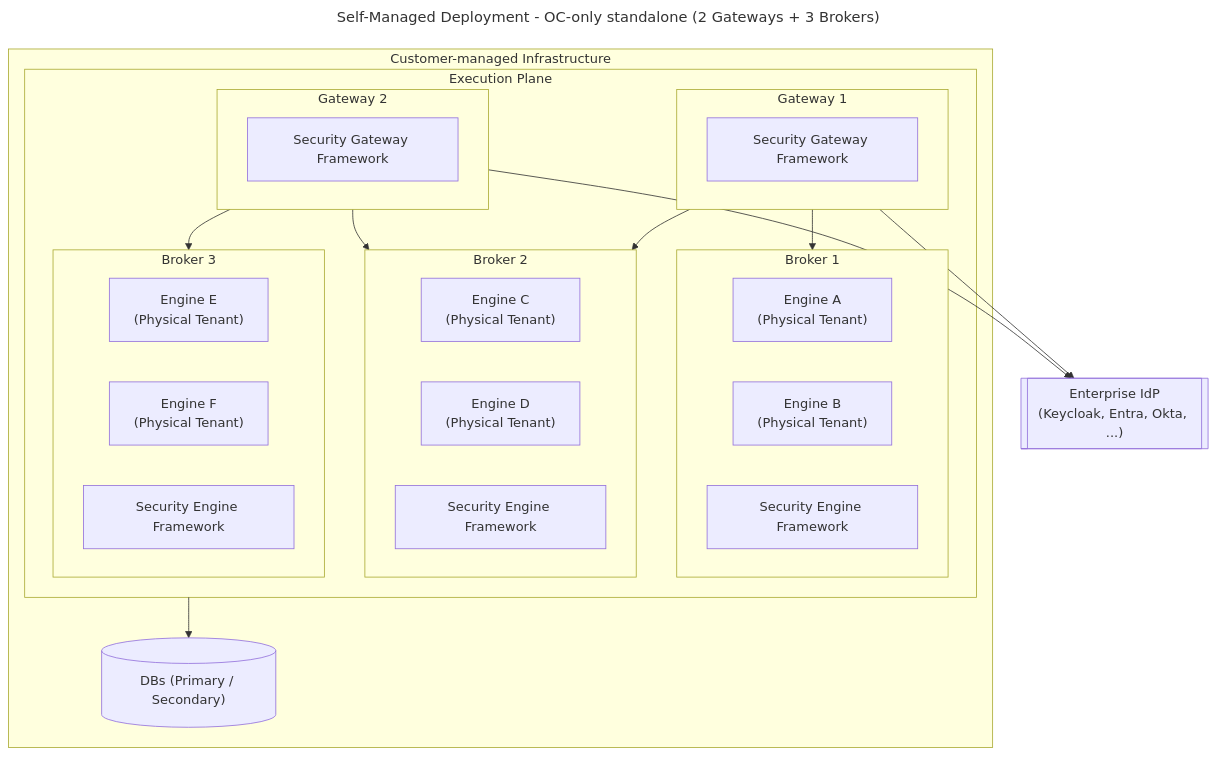
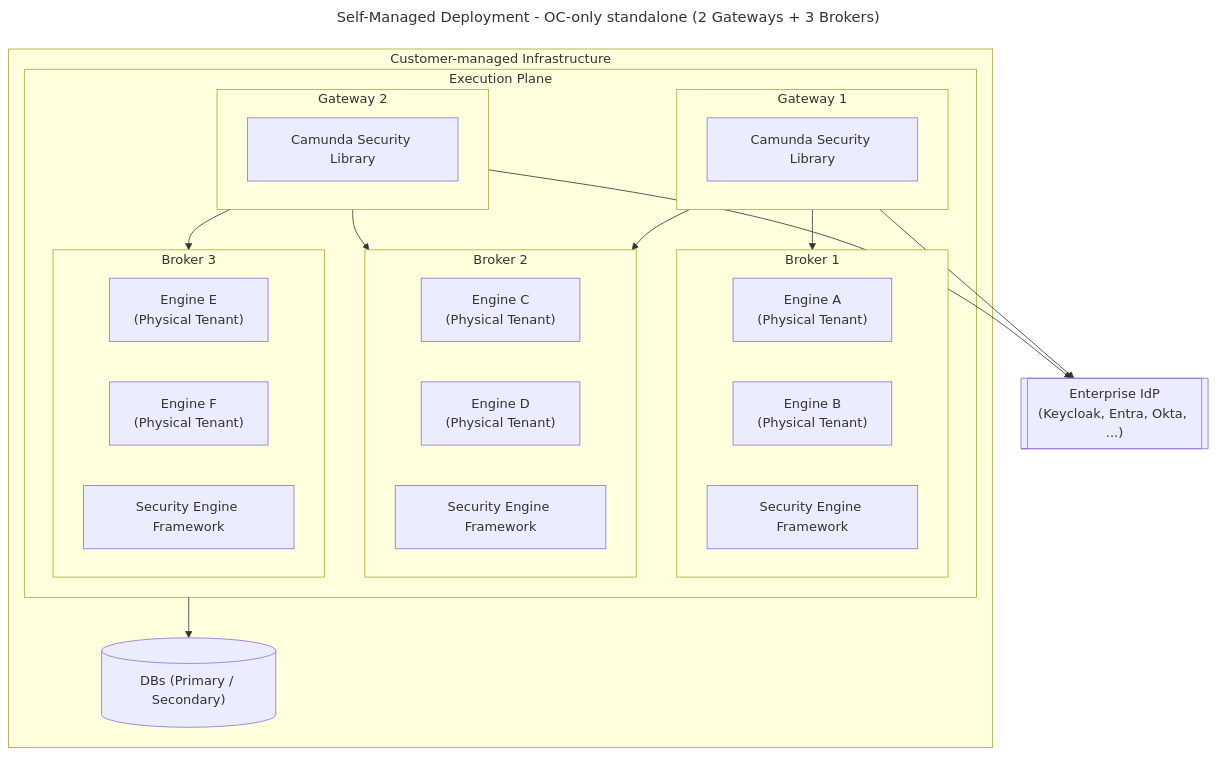
Before and after one commit to camunda/camunda-security-library: diagram 21 of 22 in docs/architecture_docs.md, drawn with Mermaid. The commit also changed other lines of this file and 6 other files, not shown here.

````diff
--- a/docs/architecture_docs.md
+++ b/docs/architecture_docs.md
@@ -1768,45 +1766,45 @@
 ```mermaid
 ---
 title: Self-Managed Deployment - OC-only standalone (2 Gateways + 3 Brokers)
 ---
 flowchart TB
   subgraph Customer["Customer-managed Infrastructure"]
     subgraph Execution["Execution Plane"]
       subgraph GW1["Gateway 1"]
-        GW1SGF["Security Gateway Framework"]
+        GW1CSL["Camunda Security Library"]
       end
       subgraph GW2["Gateway 2"]
-        GW2SGF["Security Gateway Framework"]
+        GW2CSL["Camunda Security Library"]
       end
 
       subgraph Broker1["Broker 1"]
         B1E1["Engine A</br>(Physical Tenant)"]
         B1E2["Engine B</br>(Physical Tenant)"]
         B1SEF["Security Engine Framework"]
       end
 
       subgraph Broker2["Broker 2"]
         B2E1["Engine C</br>(Physical Tenant)"]
         B2E2["Engine D</br>(Physical Tenant)"]
         B2SEF["Security Engine Framework"]
       end
 
       subgraph Broker3["Broker 3"]
         B3E1["Engine E</br>(Physical Tenant)"]
         B3E2["Engine F</br>(Physical Tenant)"]
         B3SEF["Security Engine Framework"]
       end
 
       GW1 --> Broker1
       GW1 --> Broker2
       GW2 --> Broker2
       GW2 --> Broker3
     end
 
     DBs[("DBs (Primary / Secondary)")]
   end
 
   EnterpriseIdP[["Enterprise IdP</br>(Keycloak, Entra, Okta, ...)"]]
   Execution --> DBs
   GW1 & GW2 --> EnterpriseIdP
 ```
````
